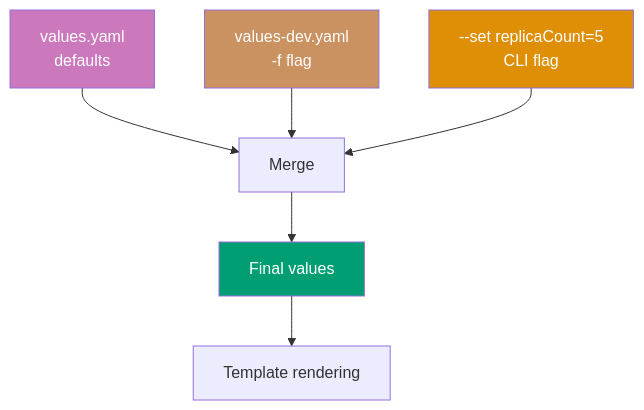
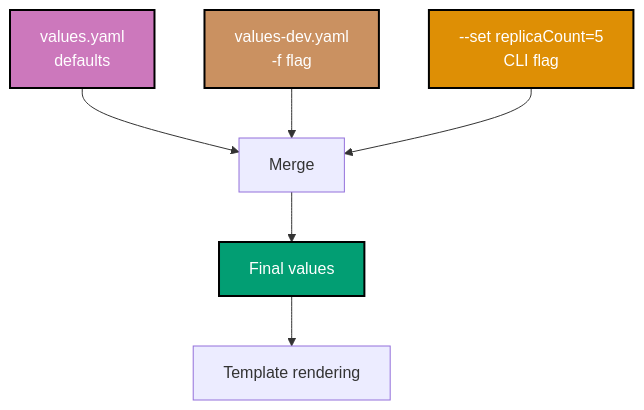
One commit to wahidyankf/open-sharia-enterprise changed the ninth of 14 diagrams in apps/ayokoding-web/content/en/learn/software-engineering/infrastructure/tools/kubernetes/by-example/advanced.md. Above: the diagram before and after it, drawn with Mermaid. The commit also changed other lines of this file and 25 other files, not shown here.

````diff
--- a/apps/ayokoding-web/content/en/learn/software-engineering/infrastructure/tools/kubernetes/by-example/advanced.md
+++ b/apps/ayokoding-web/content/en/learn/software-engineering/infrastructure/tools/kubernetes/by-example/advanced.md
@@ -2613,14 +2621,15 @@
 ```mermaid
+%% Color Palette: Blue #0173B2, Orange #DE8F05, Teal #029E73, Purple #CC78BC, Brown #CA9161
 %% Helm values precedence
 graph TD
  A[values.yaml<br/>defaults] --> B[Merge]
  C[values-dev.yaml<br/>-f flag] --> B
  D[--set replicaCount=5<br/>CLI flag] --> B
  B --> E[Final values]
  E --> F[Template rendering]
 
- style A fill:#CC78BC,color:#fff
- style C fill:#CA9161,color:#fff
- style D fill:#DE8F05,color:#fff
- style E fill:#029E73,color:#fff
+ style A fill:#CC78BC,stroke:#000000,stroke-width:2px,color:#fff
+ style C fill:#CA9161,stroke:#000000,stroke-width:2px,color:#fff
+ style D fill:#DE8F05,stroke:#000000,stroke-width:2px,color:#fff
+ style E fill:#029E73,stroke:#000000,stroke-width:2px,color:#fff
 ```
````
